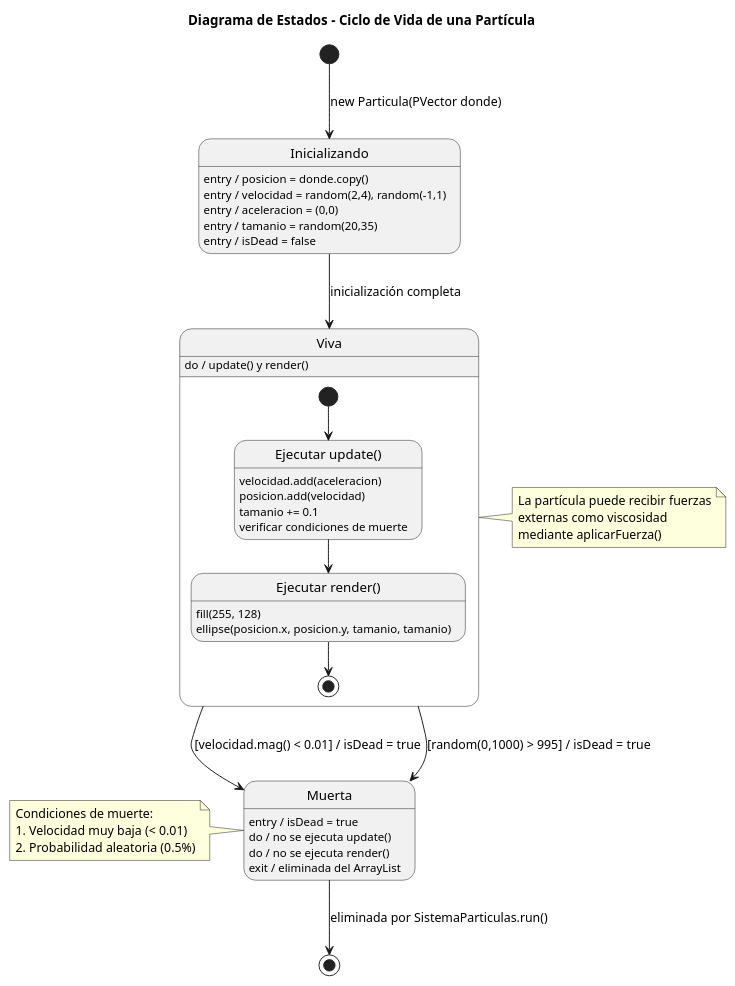
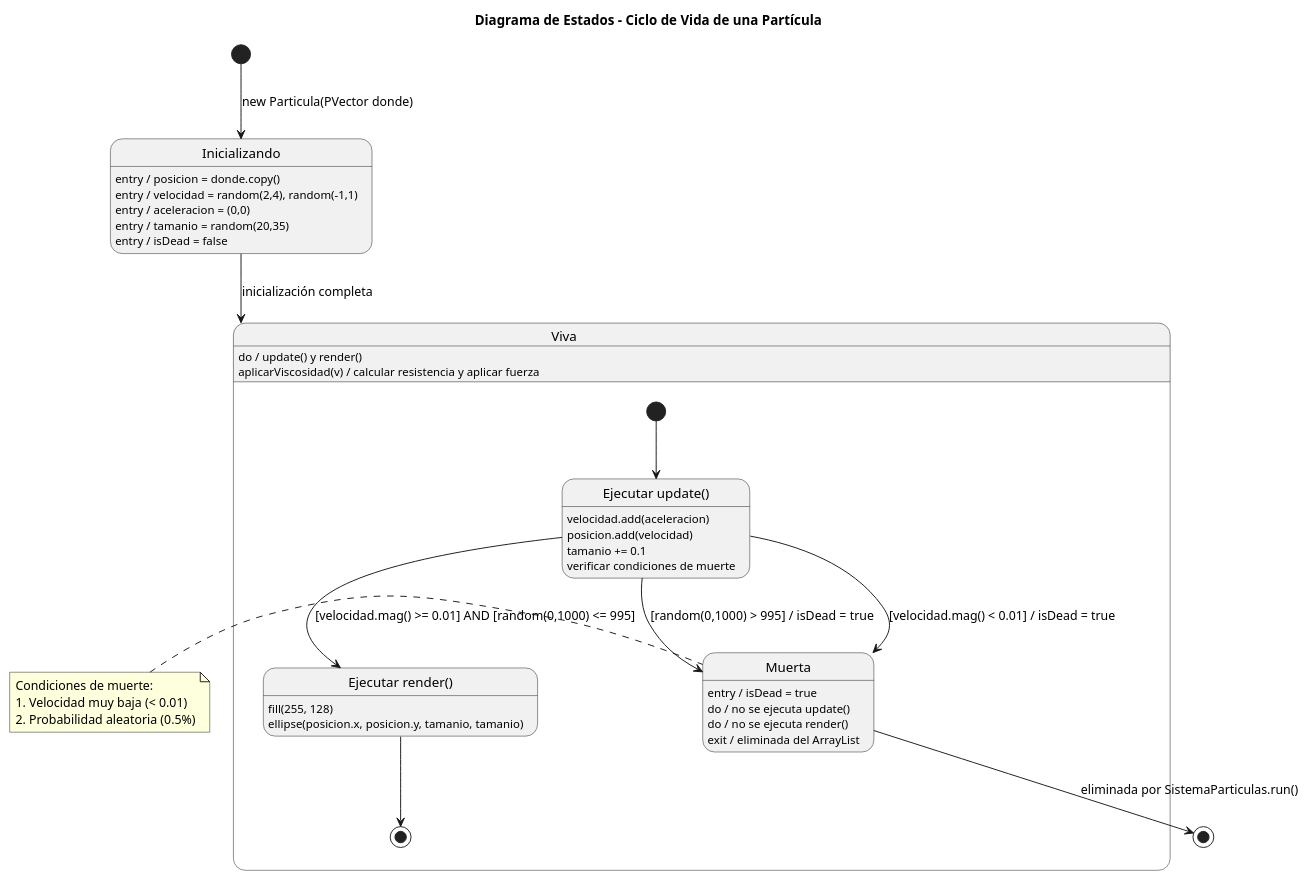
Before and after one commit to uma-dte-docencia/burbujas: the diagram in doc/state_diagram.puml, drawn with PlantUML.

Commit message:
tercera version diagrama de estados

```diff
--- a/doc/state_diagram.puml
+++ b/doc/state_diagram.puml
@@ -1,61 +1,55 @@
 @startuml state_diagram
 
 title Diagrama de Estados - Ciclo de Vida de una Partícula
 
 [*] --> Inicializando : new Particula(PVector donde)
 
 state Inicializando {
   Inicializando : entry / posicion = donde.copy()
   Inicializando : entry / velocidad = random(2,4), random(-1,1)
   Inicializando : entry / aceleracion = (0,0)
   Inicializando : entry / tamanio = random(20,35)
   Inicializando : entry / isDead = false
 }
 
 Inicializando --> Viva : inicialización completa
 
 state Viva {
   Viva : do / update() y render()
+  Viva : aplicarViscosidad(v) / calcular resistencia y aplicar fuerza
   
   state "Ejecutar update()" as update_activity {
     update_activity : velocidad.add(aceleracion)
     update_activity : posicion.add(velocidad)
     update_activity : tamanio += 0.1
     update_activity : verificar condiciones de muerte
   }
   
   state "Ejecutar render()" as render_activity {
     render_activity : fill(255, 128)
     render_activity : ellipse(posicion.x, posicion.y, tamanio, tamanio)
   }
   
   [*] --> update_activity
-  update_activity --> render_activity
+  update_activity --> render_activity : [velocidad.mag() >= 0.01] AND [random(0,1000) <= 995]
+  update_activity --> Muerta : [velocidad.mag() < 0.01] / isDead = true
+  update_activity --> Muerta : [random(0,1000) > 995] / isDead = true
   render_activity --> [*]
 }
-
-Viva --> Muerta : [velocidad.mag() < 0.01] / isDead = true
-Viva --> Muerta : [random(0,1000) > 995] / isDead = true
 
 state Muerta {
   Muerta : entry / isDead = true
   Muerta : do / no se ejecuta update()
   Muerta : do / no se ejecuta render()
   Muerta : exit / eliminada del ArrayList
 }
 
 Muerta --> [*] : eliminada por SistemaParticulas.run()
 
-note right of Viva
-  La partícula puede recibir fuerzas
-  externas como viscosidad
-  mediante aplicarFuerza()
-end note
-
 note left of Muerta
   Condiciones de muerte:
   1. Velocidad muy baja (< 0.01)
   2. Probabilidad aleatoria (0.5%)
 end note
 
 @enduml
```
